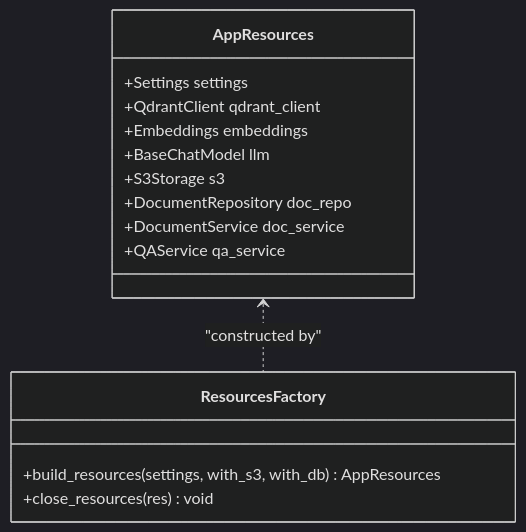
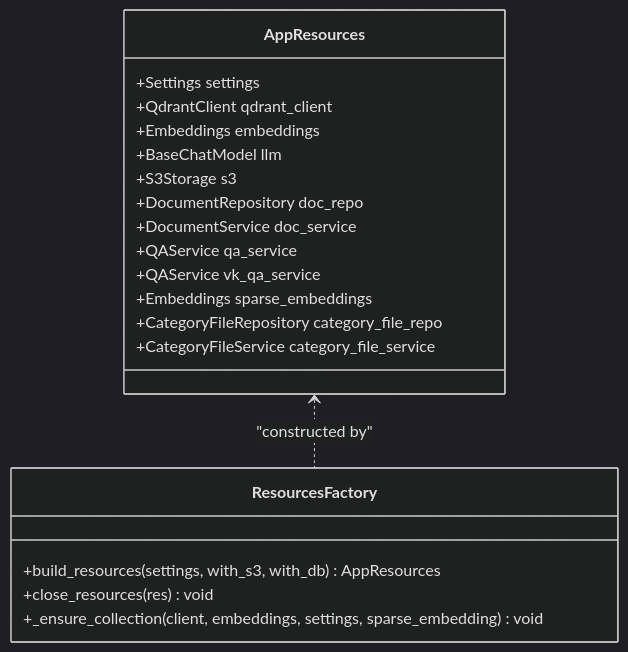
The third of 7 diagrams in .qoder/repowiki/en/content/API Reference/Resource Management System.md (ognelis/cafetera_hr_bot), drawn with Mermaid (dark theme) before and after one commit. The commit also changed other lines of this file and 9 other files, not shown here.

````diff
--- a/.qoder/repowiki/en/content/API Reference/Resource Management System.md
+++ b/.qoder/repowiki/en/content/API Reference/Resource Management System.md
@@ -177,18 +212,23 @@
 ```mermaid
 classDiagram
 class AppResources {
 +Settings settings
 +QdrantClient qdrant_client
 +Embeddings embeddings
 +BaseChatModel llm
 +S3Storage s3
 +DocumentRepository doc_repo
 +DocumentService doc_service
 +QAService qa_service
++QAService vk_qa_service
++Embeddings sparse_embeddings
++CategoryFileRepository category_file_repo
++CategoryFileService category_file_service
 }
 class ResourcesFactory {
 +build_resources(settings, with_s3, with_db) AppResources
 +close_resources(res) void
++_ensure_collection(client, embeddings, settings, sparse_embedding) void
 }
 AppResources <.. ResourcesFactory : "constructed by"
 ```
````
